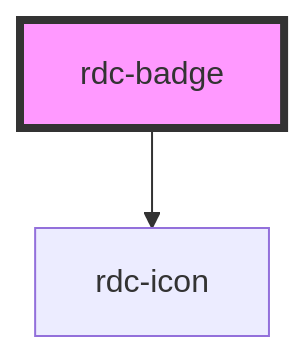
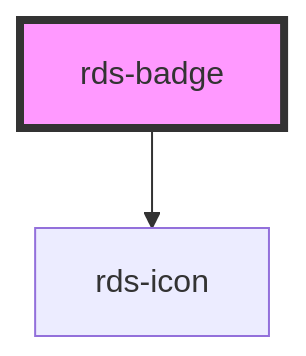
Before and after one commit to codeavl/rangoli-ui: the diagram in src/components/badge/readme.md, drawn with Mermaid. The commit also changed other lines of this file and 20 other files, not shown here.

````diff
--- a/src/components/badge/readme.md
+++ b/src/components/badge/readme.md
@@ -68,5 +68,5 @@
 ```mermaid
 graph TD;
-  rdc-badge --> rdc-icon
-  style rdc-badge fill:#f9f,stroke:#333,stroke-width:4px
+  rds-badge --> rds-icon
+  style rds-badge fill:#f9f,stroke:#333,stroke-width:4px
 ```
````
